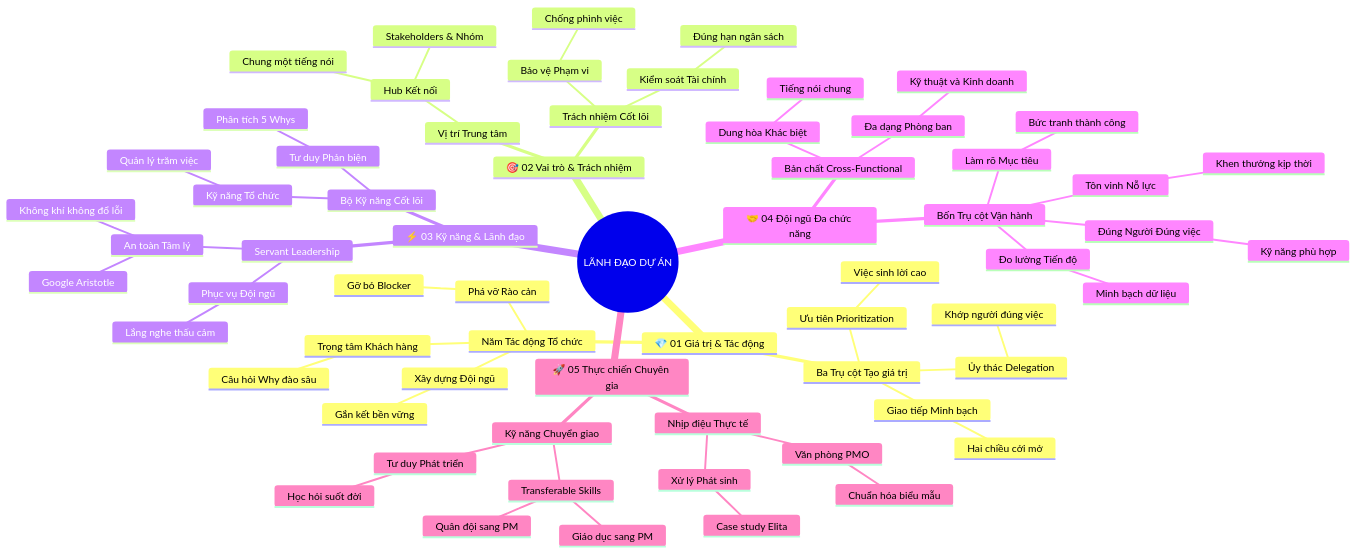
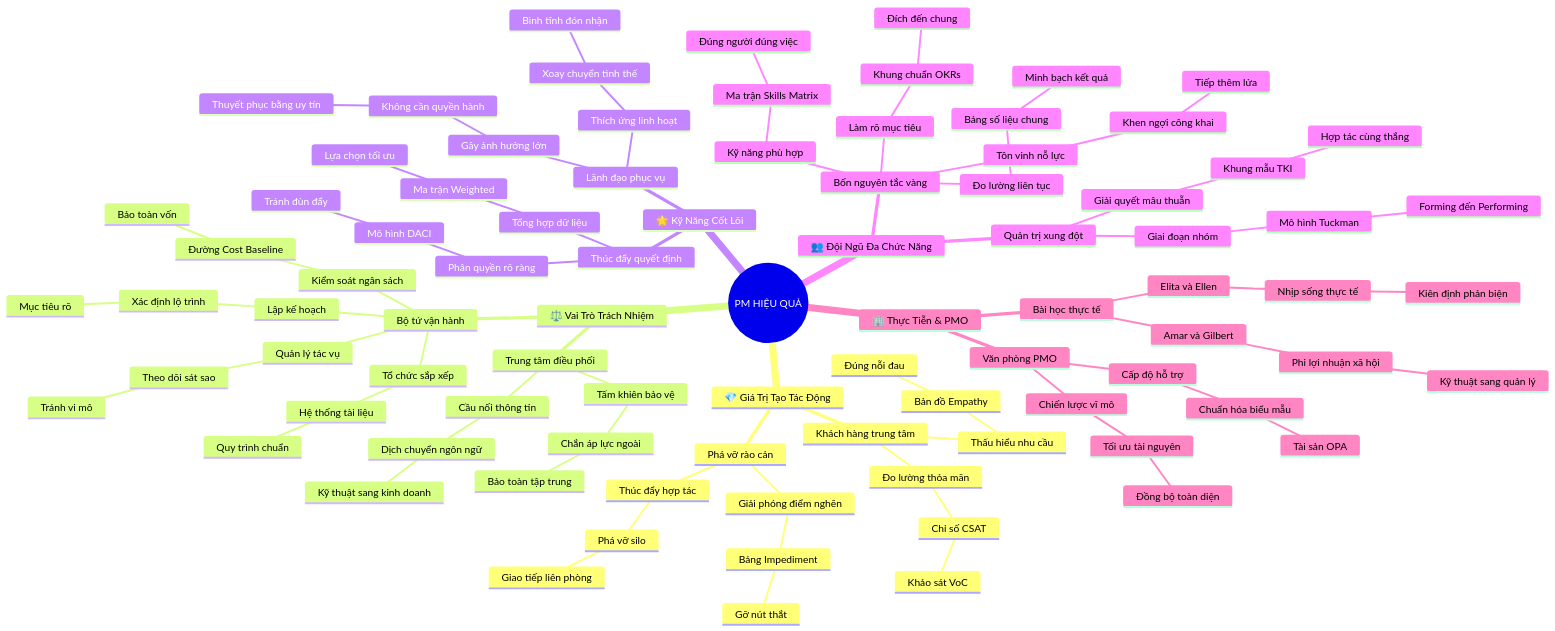
One commit to tibe2109/audio-book-refactor changed the diagram in Kich-ban-clipchamp/Google-Project-Management-Coursera/02-Becoming-an-Effective-Project-Manager/mindmap.md. Above: the diagram before and after it, drawn with Mermaid. The commit also changed other lines of this file and 680 other files, not shown here.

````diff
--- a/Kich-ban-clipchamp/Google-Project-Management-Coursera/02-Becoming-an-Effective-Project-Manager/mindmap.md
+++ b/Kich-ban-clipchamp/Google-Project-Management-Coursera/02-Becoming-an-Effective-Project-Manager/mindmap.md
@@ -5,68 +5,91 @@
 ```mermaid
 mindmap
-  root((LÃNH ĐẠO DỰ ÁN))
-    💎 01 Giá trị & Tác động
-      Ba Trụ cột Tạo giá trị
-        Ưu tiên Prioritization
-          Việc sinh lời cao
-        Ủy thác Delegation
-          Khớp người đúng việc
-        Giao tiếp Minh bạch
-          Hai chiều cởi mở
-      Năm Tác động Tổ chức
-        Trọng tâm Khách hàng
-          Câu hỏi Why đào sâu
-        Xây dựng Đội ngũ
-          Gắn kết bền vững
-        Phá vỡ Rào cản
-          Gỡ bỏ Blocker
-    🎯 02 Vai trò & Trách nhiệm
-      Vị trí Trung tâm
-        Hub Kết nối
-          Stakeholders & Nhóm
-          Chung một tiếng nói
-      Trách nhiệm Cốt lõi
-        Bảo vệ Phạm vi
-          Chống phình việc
-        Kiểm soát Tài chính
-          Đúng hạn ngân sách
-    ⚡ 03 Kỹ năng & Lãnh đạo
-      Bộ Kỹ năng Cốt lõi
-        Kỹ năng Tổ chức
-          Quản lý trăm việc
-        Tư duy Phản biện
-          Phân tích 5 Whys
-      Servant Leadership
-        Phục vụ Đội ngũ
-          Lắng nghe thấu cảm
-        An toàn Tâm lý
-          Google Aristotle
-          Không khí không đổ lỗi
-    🤝 04 Đội ngũ Đa chức năng
-      Bản chất Cross-Functional
-        Đa dạng Phòng ban
-          Kỹ thuật và Kinh doanh
-        Dung hòa Khác biệt
-          Tiếng nói chung
-      Bốn Trụ cột Vận hành
-        Làm rõ Mục tiêu
-          Bức tranh thành công
-        Đúng Người Đúng việc
-          Kỹ năng phù hợp
-        Đo lường Tiến độ
-          Minh bạch dữ liệu
-        Tôn vinh Nỗ lực
-          Khen thưởng kịp thời
-    🚀 05 Thực chiến Chuyên gia
-      Nhịp điệu Thực tế
-        Xử lý Phát sinh
-          Case study Elita
-        Văn phòng PMO
+  root((PM HIỆU QUẢ))
+    💎 Giá Trị Tạo Tác Động
+      Khách hàng trung tâm
+        Thấu hiểu nhu cầu
+          Bản đồ Empathy
+            Đúng nỗi đau
+        Đo lường thỏa mãn
+          Chỉ số CSAT
+            Khảo sát VoC
+      Phá vỡ rào cản
+        Giải phóng điểm nghẽn
+          Bảng Impediment
+            Gỡ nút thắt
+        Thúc đẩy hợp tác
+          Phá vỡ silo
+            Giao tiếp liên phòng
+    ⚖️ Vai Trò Trách Nhiệm
+      Bộ tứ vận hành
+        Lập kế hoạch
+          Xác định lộ trình
+            Mục tiêu rõ
+        Tổ chức sắp xếp
+          Hệ thống tài liệu
+            Quy trình chuẩn
+        Quản lý tác vụ
+          Theo dõi sát sao
+            Tránh vi mô
+        Kiểm soát ngân sách
+          Đường Cost Baseline
+            Bảo toàn vốn
+      Trung tâm điều phối
+        Tấm khiên bảo vệ
+          Chắn áp lực ngoài
+            Bảo toàn tập trung
+        Cầu nối thông tin
+          Dịch chuyển ngôn ngữ
+            Kỹ thuật sang kinh doanh
+    🌟 Kỹ Năng Cốt Lõi
+      Thúc đẩy quyết định
+        Tổng hợp dữ liệu
+          Ma trận Weighted
+            Lựa chọn tối ưu
+        Phân quyền rõ ràng
+          Mô hình DACI
+            Tránh đùn đẩy
+      Lãnh đạo phục vụ
+        Gây ảnh hưởng lớn
+          Không cần quyền hành
+            Thuyết phục bằng uy tín
+        Thích ứng linh hoạt
+          Xoay chuyển tình thế
+            Bình tĩnh đón nhận
+    👥 Đội Ngũ Đa Chức Năng
+      Bốn nguyên tắc vàng
+        Làm rõ mục tiêu
+          Khung chuẩn OKRs
+            Đích đến chung
+        Kỹ năng phù hợp
+          Ma trận Skills Matrix
+            Đúng người đúng việc
+        Đo lường liên tục
+          Bảng số liệu chung
+            Minh bạch kết quả
+        Tôn vinh nỗ lực
+          Khen ngợi công khai
+            Tiếp thêm lửa
+      Quản trị xung đột
+        Giai đoạn nhóm
+          Mô hình Tuckman
+            Forming đến Performing
+        Giải quyết mâu thuẫn
+          Khung mẫu TKI
+            Hợp tác cùng thắng
+    🏢 Thực Tiễn & PMO
+      Văn phòng PMO
+        Cấp độ hỗ trợ
           Chuẩn hóa biểu mẫu
-      Kỹ năng Chuyển giao
-        Transferable Skills
-          Giáo dục sang PM
-          Quân đội sang PM
-        Tư duy Phát triển
-          Học hỏi suốt đời
+            Tài sản OPA
+        Chiến lược vĩ mô
+          Tối ưu tài nguyên
+            Đồng bộ toàn diện
+      Bài học thực tế
+        Elita và Ellen
+          Nhịp sống thực tế
+            Kiên định phản biện
+        Amar và Gilbert
+          Phi lợi nhuận xã hội
+            Kỹ thuật sang quản lý
 ```
````
